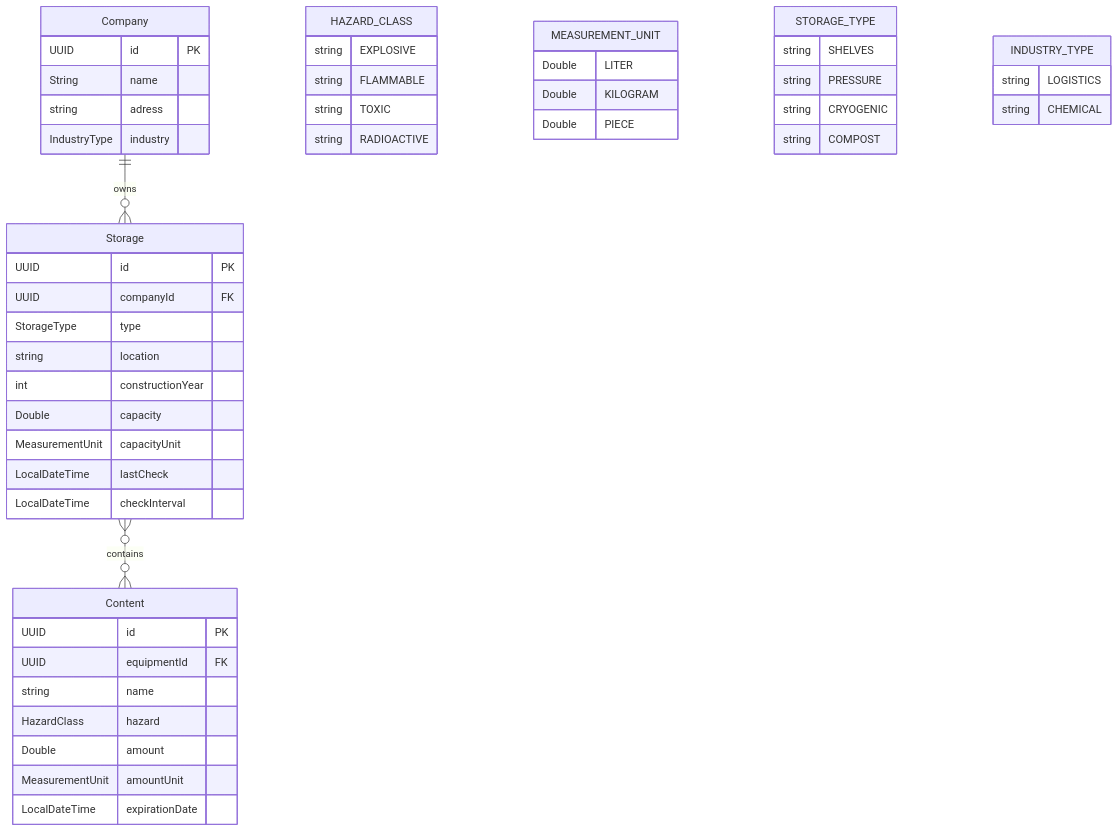
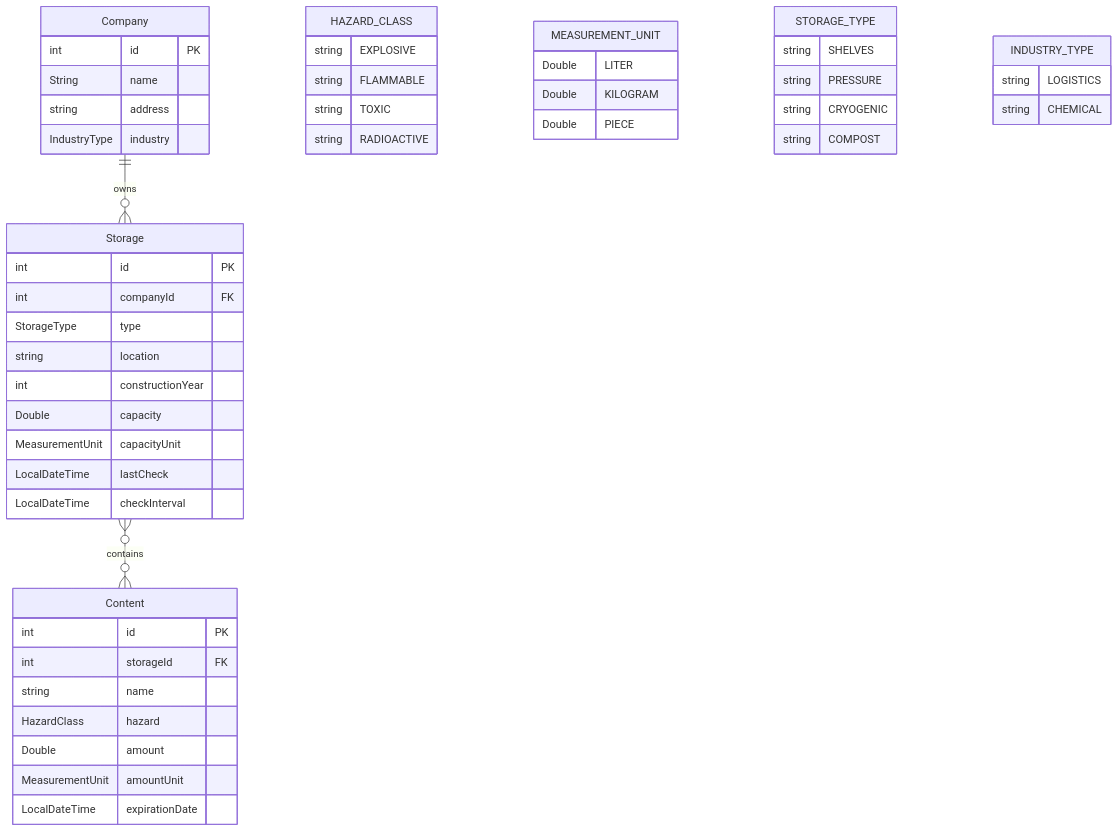
One commit to mgudux/hazmat-storage changed the diagram in docs/01_entity_relationship.mmd. Above: the diagram before and after it, drawn with Mermaid. The commit also changed 3 other files, not shown here.

```diff
--- a/docs/01_entity_relationship.mmd
+++ b/docs/01_entity_relationship.mmd
@@ -1,57 +1,57 @@
 erDiagram
     Company ||--o{ Storage : "owns"
     Storage }o--o{ Content : "contains"
 
     Company {
-        UUID id PK
+        int id PK
         String name
-        string adress
+        string address
         IndustryType industry
     }
 
     Storage {
-        UUID id PK
-        UUID companyId FK
+        int id PK
+        int companyId FK
         StorageType type
         string location
         int constructionYear
         Double capacity
         MeasurementUnit capacityUnit
         LocalDateTime lastCheck
         LocalDateTime checkInterval
     }
 
     Content {
-        UUID id PK
-        UUID equipmentId FK
+        int id PK
+        int storageId FK
         string name
         HazardClass hazard
         Double amount
         MeasurementUnit amountUnit
         LocalDateTime expirationDate
     }
 
     HAZARD_CLASS {
         string EXPLOSIVE
         string FLAMMABLE
         string TOXIC
         string RADIOACTIVE
     }
 
     MEASUREMENT_UNIT {
         Double LITER
         Double KILOGRAM
         Double PIECE
     }
 
     STORAGE_TYPE {
         string SHELVES
         string PRESSURE
         string CRYOGENIC
         string COMPOST
     }
 
     INDUSTRY_TYPE {
         string LOGISTICS
         string CHEMICAL
     }
```
